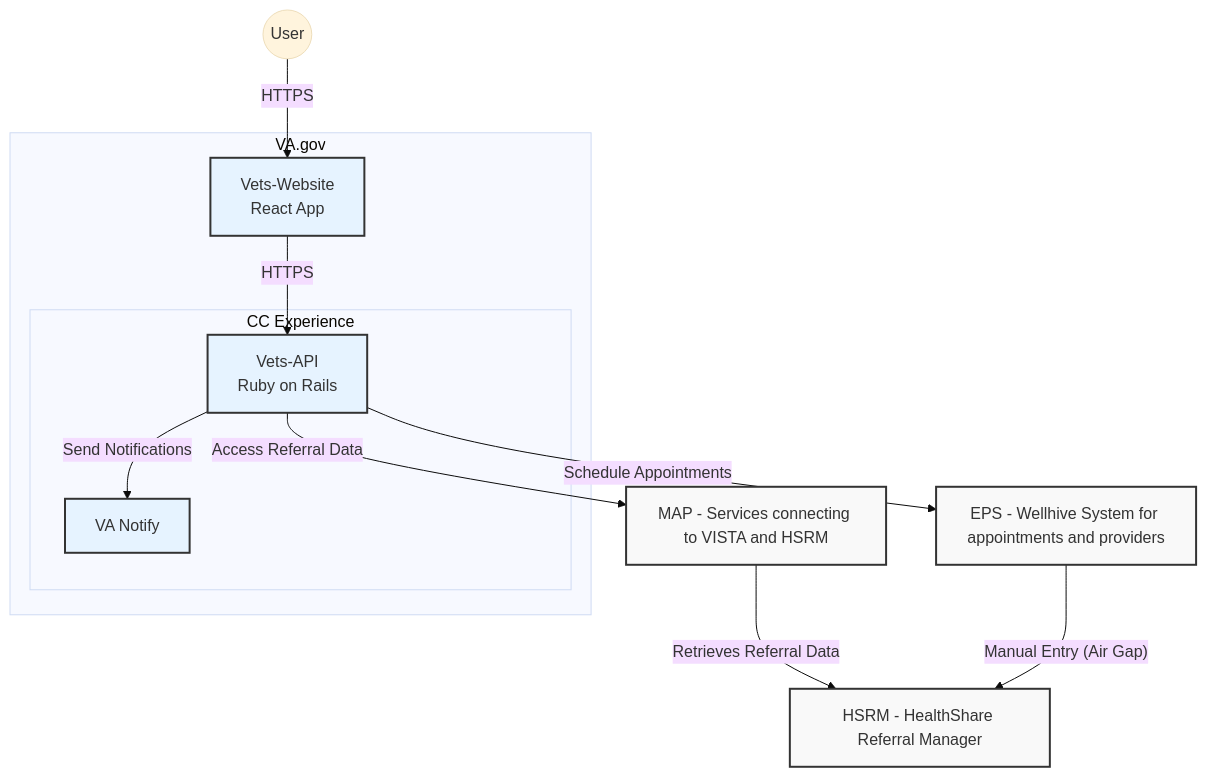
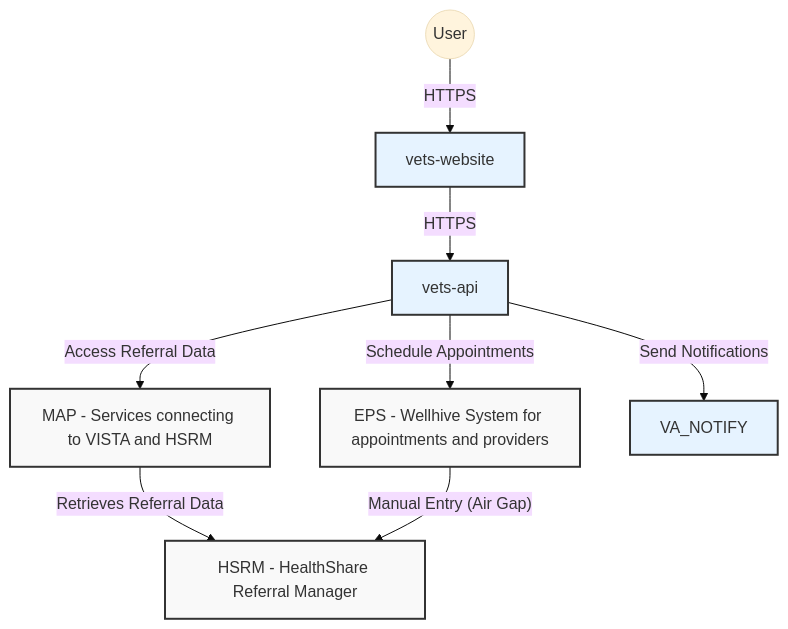
The first of 4 diagrams in products/health-care/appointments/va-online-scheduling/engineering/architecture/community-care-technical-documentation.md (department-of-veterans-affairs/va.gov-team), drawn with Mermaid (base theme) before and after one commit.

````diff
--- a/products/health-care/appointments/va-online-scheduling/engineering/architecture/community-care-technical-documentation.md
+++ b/products/health-care/appointments/va-online-scheduling/engineering/architecture/community-care-technical-documentation.md
@@ -38,29 +38,23 @@
 ```mermaid
 graph TB
     User((User))
     
-    subgraph "VA.gov"
-        VW[Vets-Website<br>React App]
-        subgraph "CC Experience"
-            VA_API[Vets-API<br>Ruby on Rails]
-            VA_NOTIFY[VA Notify]
-        end
-    end
-    
     MAP[MAP - Services connecting to VISTA and HSRM]
     HSRM[HSRM - HealthShare Referral Manager]
     EPS[EPS - Wellhive System for appointments and providers]
+    VW[vets-website]
+    VA_API[vets-api]
 
     User -->|HTTPS| VW
     VW -->|HTTPS| VA_API
     VA_API -->|Send Notifications| VA_NOTIFY
     VA_API -->|Access Referral Data| MAP
     MAP -->|Retrieves Referral Data| HSRM
     VA_API -->|Schedule Appointments| EPS
     EPS -- "Manual Entry (Air Gap)" --> HSRM
 
     classDef vaSystem fill:#e6f3ff,stroke:#333,stroke-width:2px;
     classDef external fill:#f9f9f9,stroke:#333,stroke-width:2px;
     class VW,VA_API,VA_NOTIFY vaSystem;
     class MAP,EPS,HSRM external;
 ```
````
